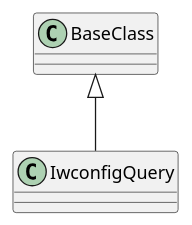
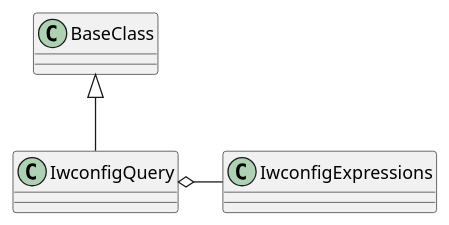
The diagram in ape/parts/wifi/iwconfig.rst (russell-n/theape), drawn with PlantUML before and after one commit. The commit also changed other lines of this file and 6 other files, not shown here.

```diff
--- a/ape/parts/wifi/iwconfig.rst
+++ b/ape/parts/wifi/iwconfig.rst
@@ -31,3 +44,4 @@
 .. uml::
 
-   BaseClass <|-- IwconfigQuery 
+   BaseClass <|-- IwconfigQuery
+   IwconfigQuery o- IwconfigExpressions
```
